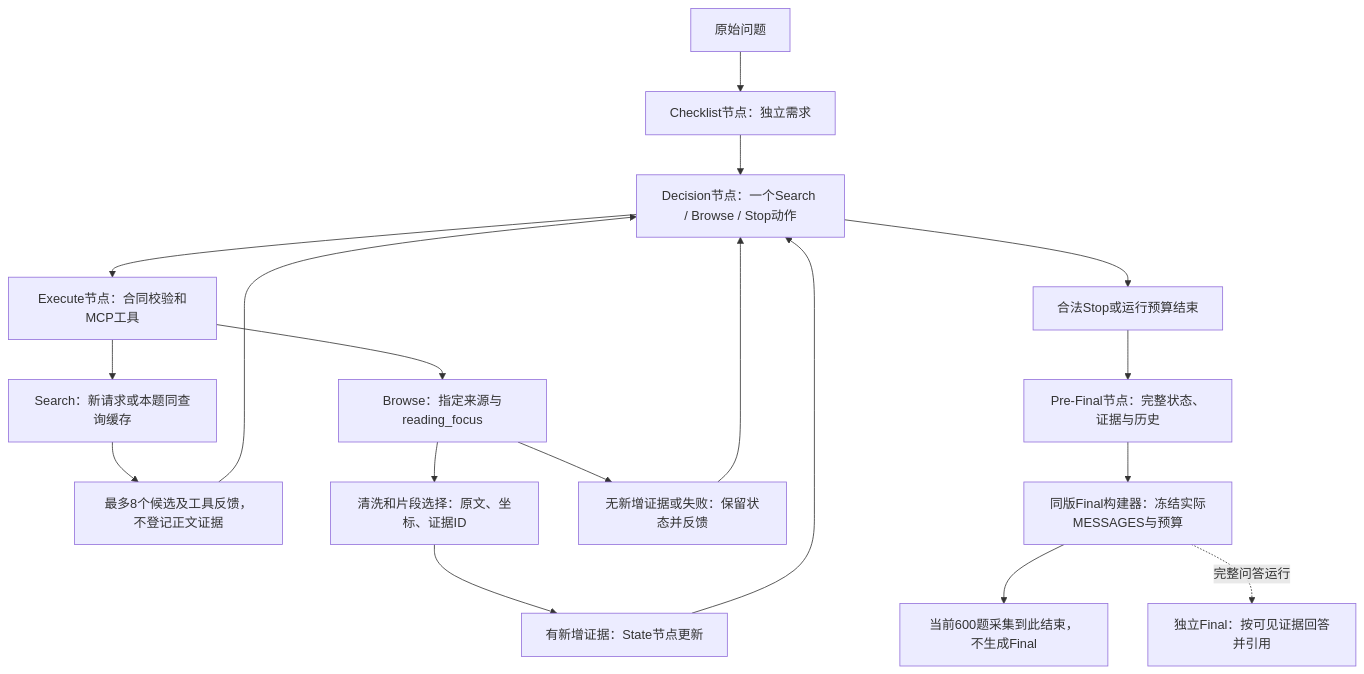
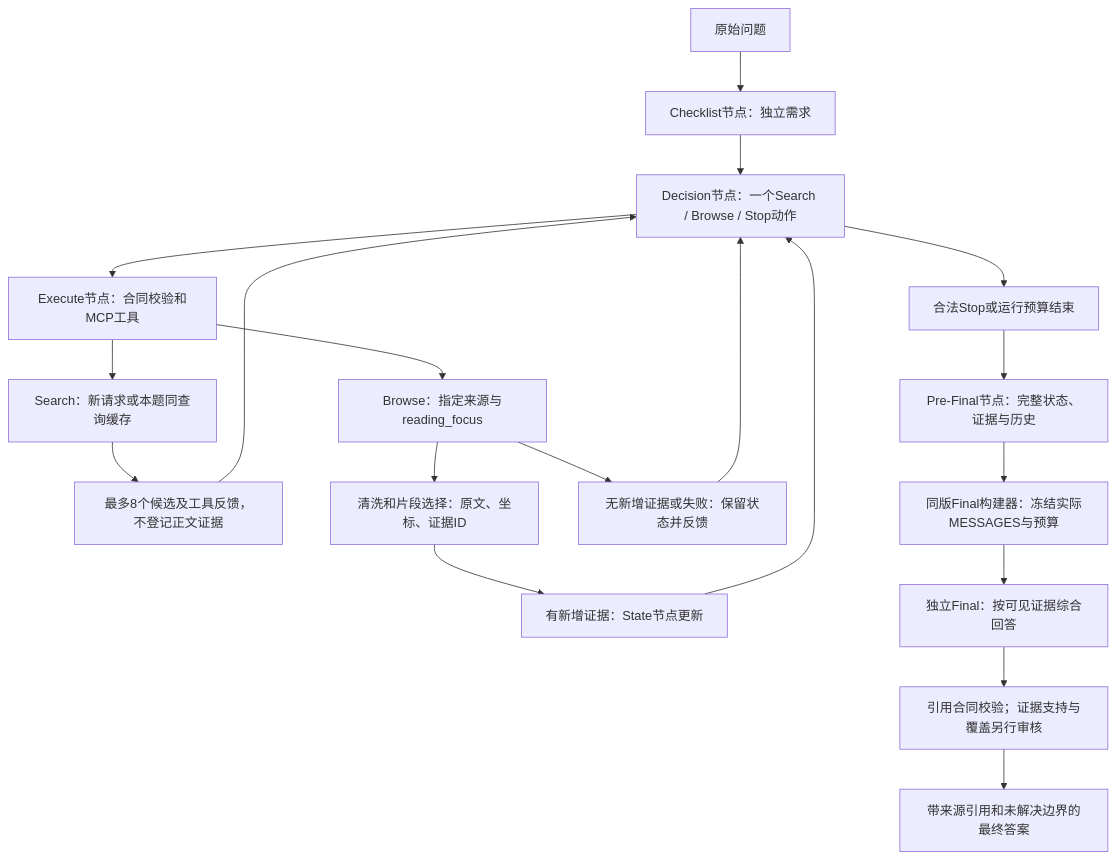
Before and after one commit to MaSunKing/medical-research-agent-grpo: the first of 3 diagrams in README.md, drawn with Mermaid. The commit also changed other lines of this file and 1 other file, not shown here.

````diff
--- a/README.md
+++ b/README.md
@@ -37,20 +41,21 @@
 ```mermaid
 flowchart TB
     Q[原始问题] --> C[Checklist节点：独立需求]
     C --> D[Decision节点：一个Search / Browse / Stop动作]
     D --> X[Execute节点：合同校验和MCP工具]
     X --> S[Search：新请求或本题同查询缓存]
     S --> P[最多8个候选及工具反馈，不登记正文证据]
     P --> D
     X --> B[Browse：指定来源与reading_focus]
     B --> E[清洗和片段选择：原文、坐标、证据ID]
     E --> U[有新增证据：State节点更新]
     U --> D
     B --> N[无新增证据或失败：保留状态并反馈]
     N --> D
     D --> T[合法Stop或运行预算结束]
     T --> F[Pre-Final节点：完整状态、证据与历史]
     F --> Pack[同版Final构建器：冻结实际MESSAGES与预算]
-    Pack --> Collect[当前600题采集到此结束，不生成Final]
-    Pack -. 完整问答运行 .-> A[独立Final：按可见证据回答并引用]
+    Pack --> A[独立Final：按可见证据综合回答]
+    A --> V[引用合同校验；证据支持与覆盖另行审核]
+    V --> Answer[带来源引用和未解决边界的最终答案]
 ```
````
